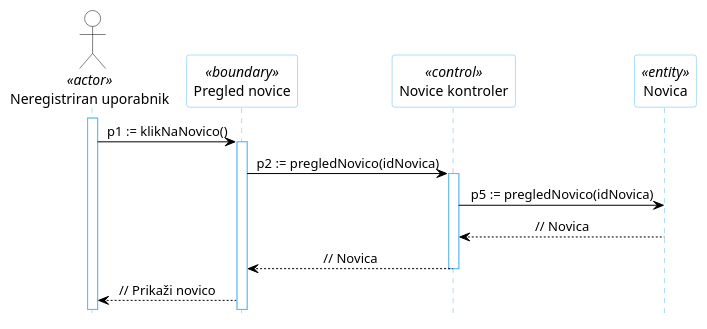
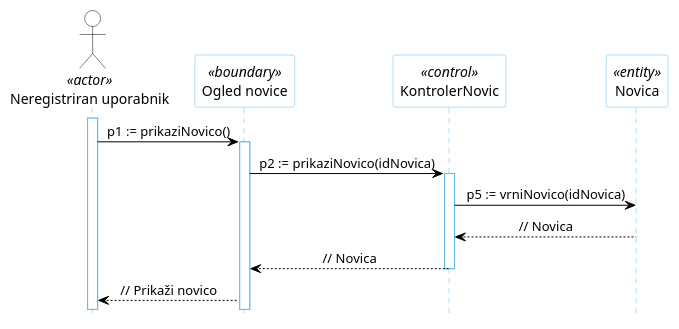
One commit to kupinah/test-tpo changed the diagram in docs/gradivo/plantuml/DZ/pregled-novica-osnovni.puml. Above: the diagram before and after it, drawn with PlantUML. The commit also changed other lines of this file and 10 other files, not shown here.

```diff
--- a/docs/gradivo/plantuml/DZ/pregled-novica-osnovni.puml
+++ b/docs/gradivo/plantuml/DZ/pregled-novica-osnovni.puml
@@ -1,29 +1,29 @@
 @startuml
 hide footbox
 
 skinparam backgroundcolor transparent
 skinparam defaultTextAlignment center
 skinparam actorBorderColor black
 skinparam actorBackgroundColor white
 skinparam arrowColor black
 skinparam sequenceLifeLineBorderColor #5FB8EC
 skinparam sequenceParticipantBorderColor #5FB8EC
 skinparam sequenceParticipantBackgroundColor white
 
 actor "Neregistriran uporabnik" AS U1 <<actor>>
 
-participant "Pregled novice" as R5 <<boundary>>
-participant "Novice kontroler" as R2 <<control>>
+participant "Ogled novice" as R5 <<boundary>>
+participant "KontrolerNovic" as R2 <<control>>
 participant "Novica" as R4 <<entity>>
 
 activate U1
-U1 -> R5: p1 := klikNaNovico()
+U1 -> R5: p1 := prikaziNovico()
 activate R5
-R5 -> R2: p2 := pregledNovico(idNovica)
+R5 -> R2: p2 := prikaziNovico(idNovica)
 activate R2
-R2 -> R4: p5 := pregledNovico(idNovica)
+R2 -> R4: p5 := vrniNovico(idNovica)
 R4 --> R2: // Novica
 R2 --> R5: // Novica
 deactivate R2
 R5 --> U1: // Prikaži novico
 @enduml
```
